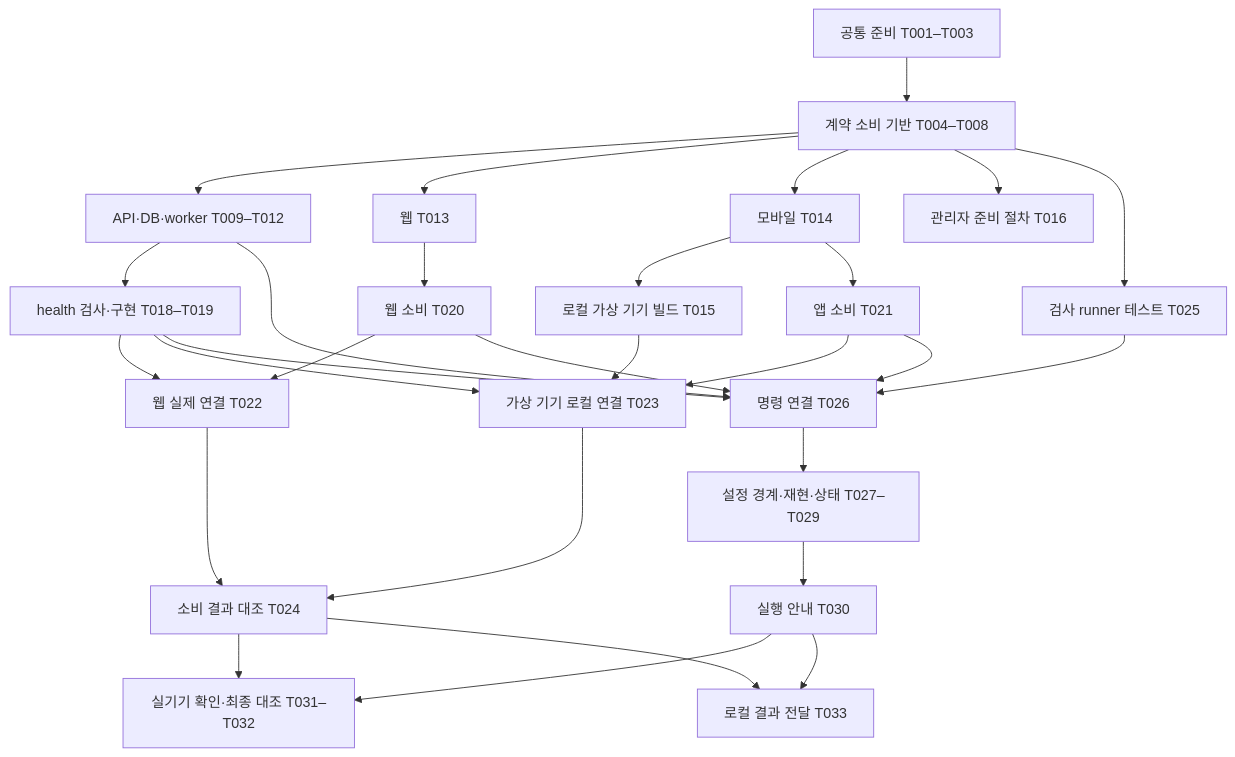
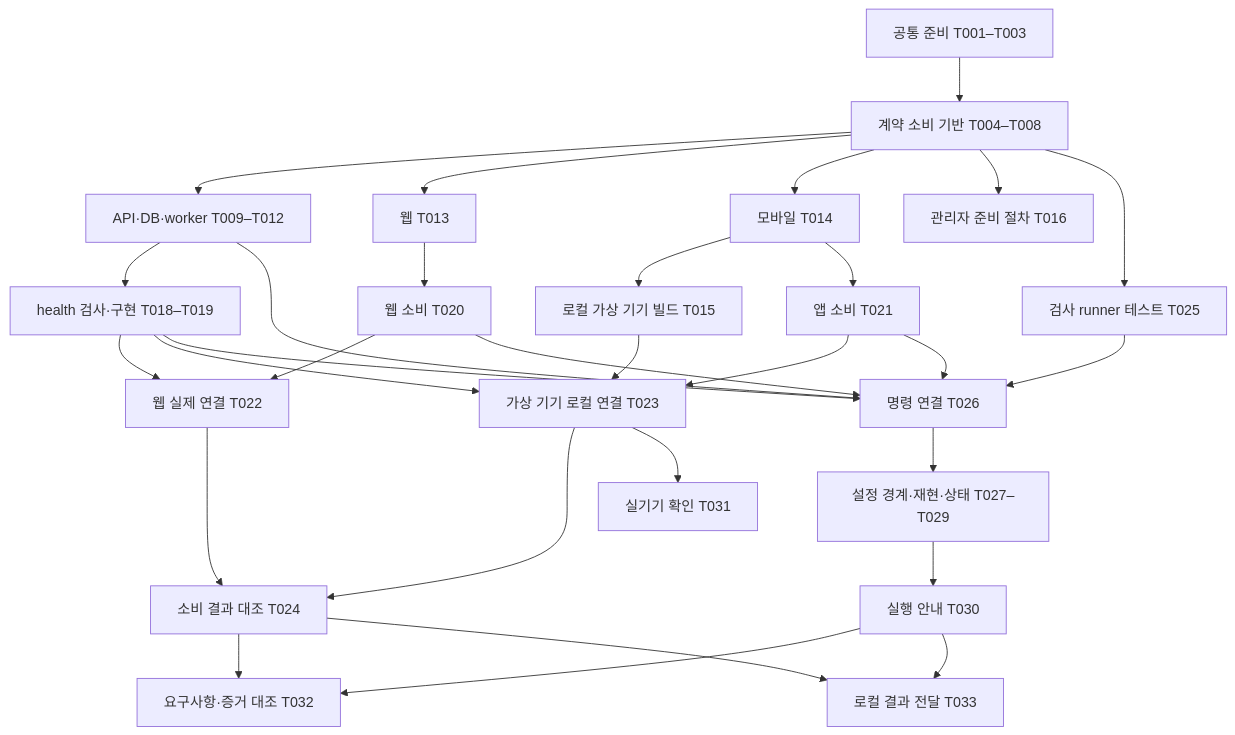
The diagram in specs/001-development-foundation/tasks.md (C-H-OLD/Holdlog), drawn with Mermaid before and after one commit. The commit also changed other lines of this file, not shown here.

````diff
--- a/specs/001-development-foundation/tasks.md
+++ b/specs/001-development-foundation/tasks.md
@@ -89,31 +89,32 @@
 ```mermaid
 flowchart TD
   A[공통 준비 T001–T003] --> B[계약 소비 기반 T004–T008]
   B --> C[API·DB·worker T009–T012]
   B --> D[웹 T013]
   B --> E[모바일 T014]
   B --> F[관리자 준비 절차 T016]
   E --> G[로컬 가상 기기 빌드 T015]
   C --> H[health 검사·구현 T018–T019]
   D --> I[웹 소비 T020]
   E --> J[앱 소비 T021]
   H --> K[웹 실제 연결 T022]
   I --> K
   H --> L[가상 기기 로컬 연결 T023]
   J --> L
   G --> L
   K --> M[소비 결과 대조 T024]
   L --> M
   B --> N[검사 runner 테스트 T025]
   C --> O[명령 연결 T026]
   I --> O
   J --> O
   H --> O
   N --> O
   O --> P[설정 경계·재현·상태 T027–T029]
   P --> Q[실행 안내 T030]
-  M --> R[실기기 확인·최종 대조 T031–T032]
+  L --> U[실기기 확인 T031]
+  M --> R[요구사항·증거 대조 T032]
   Q --> R
   M --> S[로컬 결과 전달 T033]
   Q --> S
 ```
````
